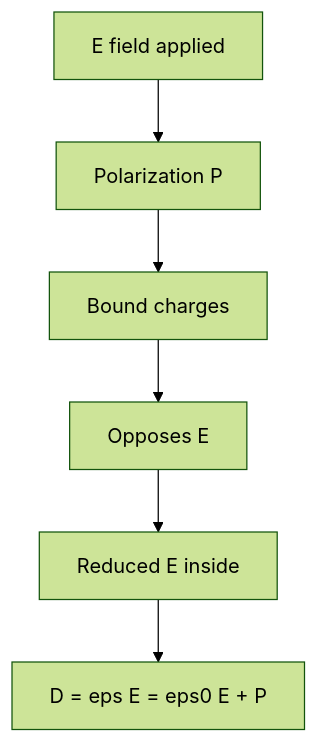
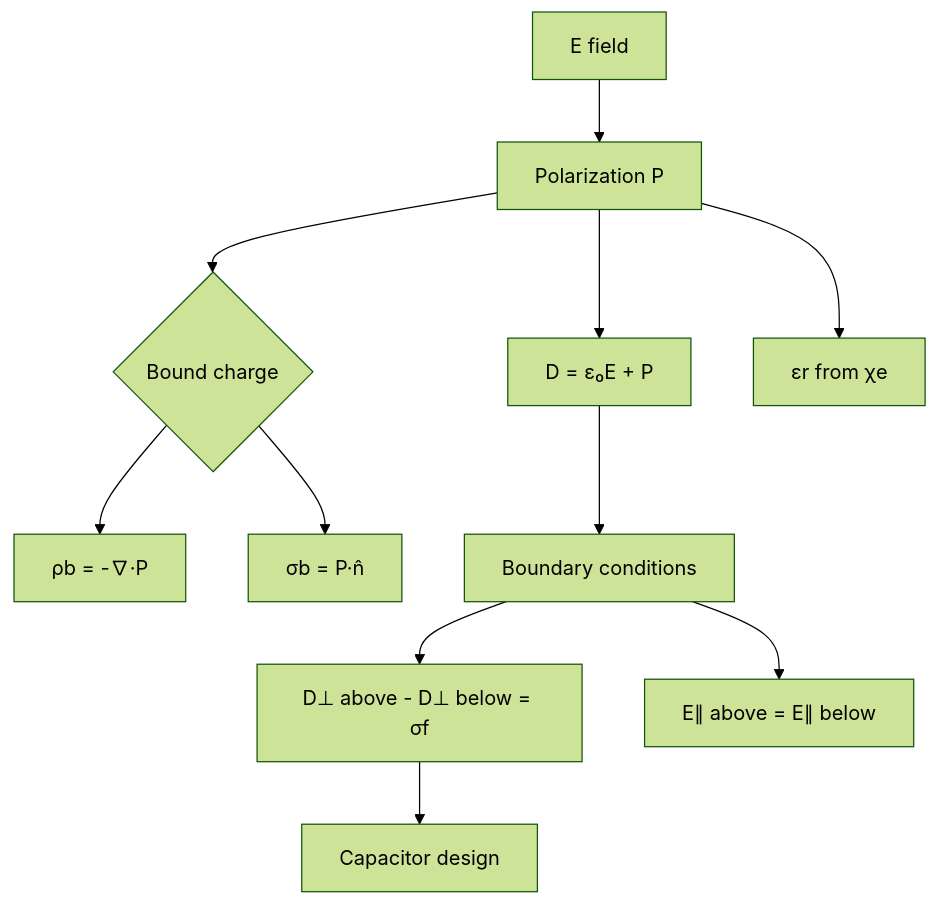
The ninth of 10 diagrams in 01_BSc_Physics/electives/PHYS_3053_Honors_Electricity_Magnetism_I/README.md (yip-lgtm/PhysicsSelfStudy), drawn with Mermaid (forest theme) before and after one commit. The commit also changed other lines of this file and 21 other files, not shown here.

````diff
--- a/01_BSc_Physics/electives/PHYS_3053_Honors_Electricity_Magnetism_I/README.md
+++ b/01_BSc_Physics/electives/PHYS_3053_Honors_Electricity_Magnetism_I/README.md
@@ -150,8 +579,13 @@
 ```mermaid
 graph TD
-    A[E field applied] --> B[Polarization P]
-    B --> C[Bound charges]
-    C --> D[Opposes E]
-    D --> E[Reduced E inside]
-    E --> F[D = eps E = eps0 E + P]
+    A[E field] --> B[Polarization P]
+    B --> C{Bound charge}
+    C --> D[ρb = -∇·P]
+    C --> E[σb = P·n̂]
+    B --> F[D = ε₀E + P]
+    B --> G[εr from χe]
+    F --> H[Boundary conditions]
+    H --> I[D⊥ above - D⊥ below = σf]
+    H --> J[E∥ above = E∥ below]
+    I --> K[Capacitor design]
 ```
````
